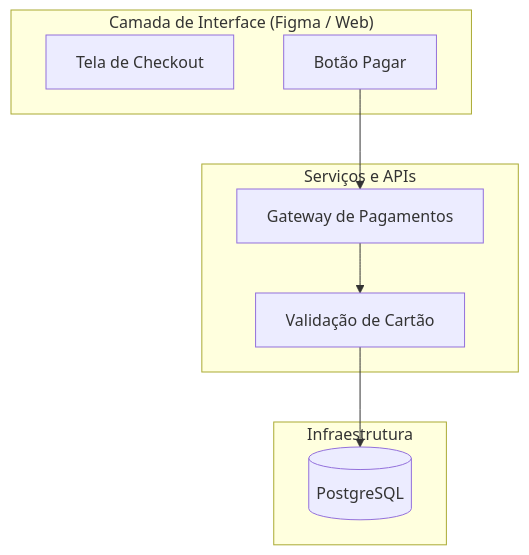
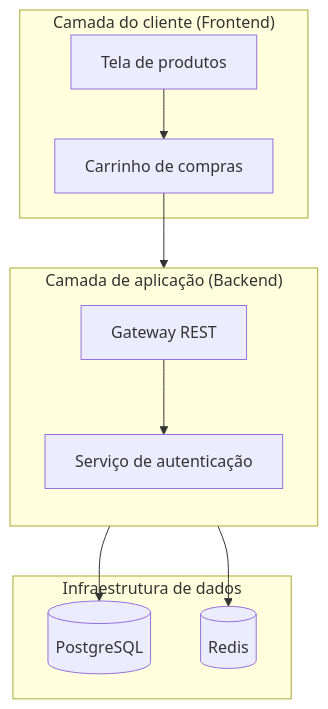
The third of 14 diagrams in mermaid/Sintaxe e possibilidades com Mermaid.md (leorruas/programacao), drawn with Mermaid before and after one commit. The commit also changed other lines of this file and 1 other file, not shown here.

Commit message:
docs(mermaid): expandir exaustivamente sintaxe, diagramas e recursos do mermaid

````diff
--- a/mermaid/Sintaxe e possibilidades com Mermaid.md
+++ b/mermaid/Sintaxe e possibilidades com Mermaid.md
@@ -66,20 +89,24 @@
 ```mermaid
 flowchart TB
-    subgraph Frontend["Camada de Interface (Figma / Web)"]
-        UI["Tela de Checkout"]
-        Btn["Botão Pagar"]
+    subgraph Client["Camada do cliente (Frontend)"]
+        UI["Tela de produtos"]
+        Carrinho["Carrinho de compras"]
     end
 
-    subgraph Backend["Serviços e APIs"]
-        API["Gateway de Pagamentos"]
-        Validador["Validação de Cartão"]
+    subgraph Server["Camada de aplicação (Backend)"]
+        direction TB
+        API["Gateway REST"]
+        Auth["Serviço de autenticação"]
     end
 
-    subgraph Dados["Infraestrutura"]
+    subgraph Storage["Infraestrutura de dados"]
         DB[("PostgreSQL")]
+        Cache[("Redis")]
     end
 
-    Btn --> API
-    API --> Validador
-    Validador --> DB
+    UI --> Carrinho
+    Carrinho --> API
+    API --> Auth
+    API --> DB
+    Auth --> Cache
 ```
````
